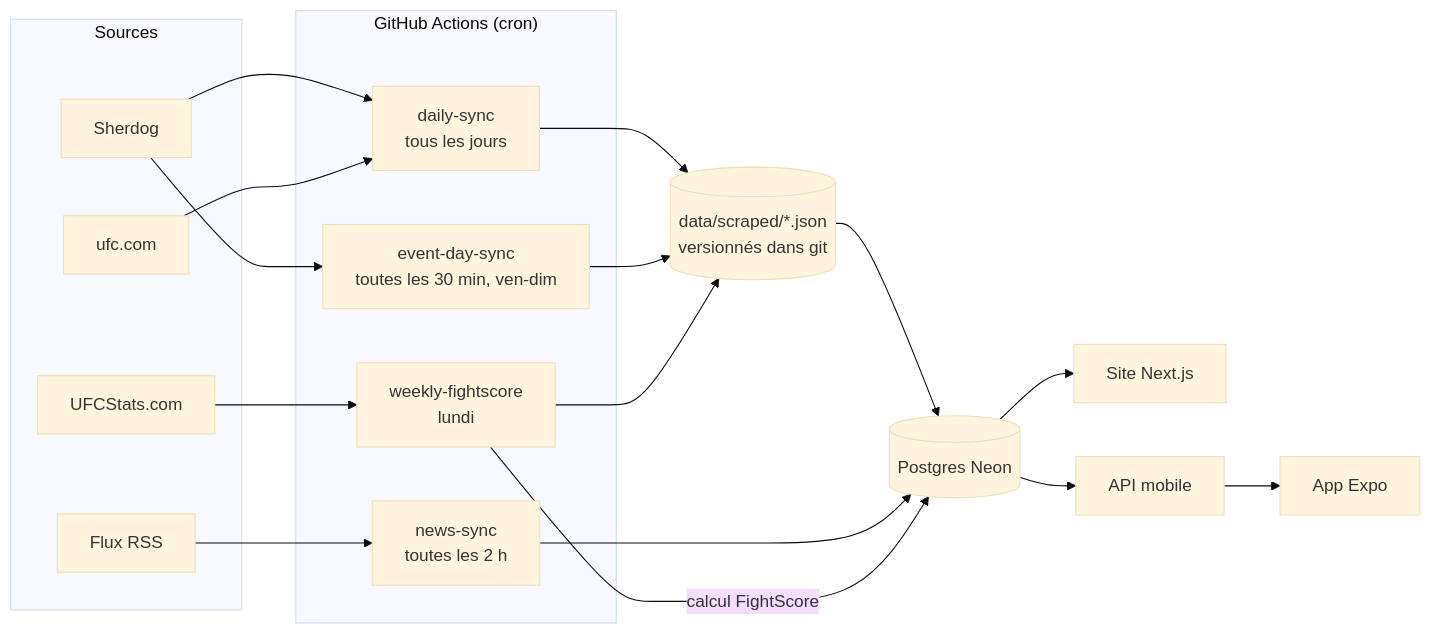
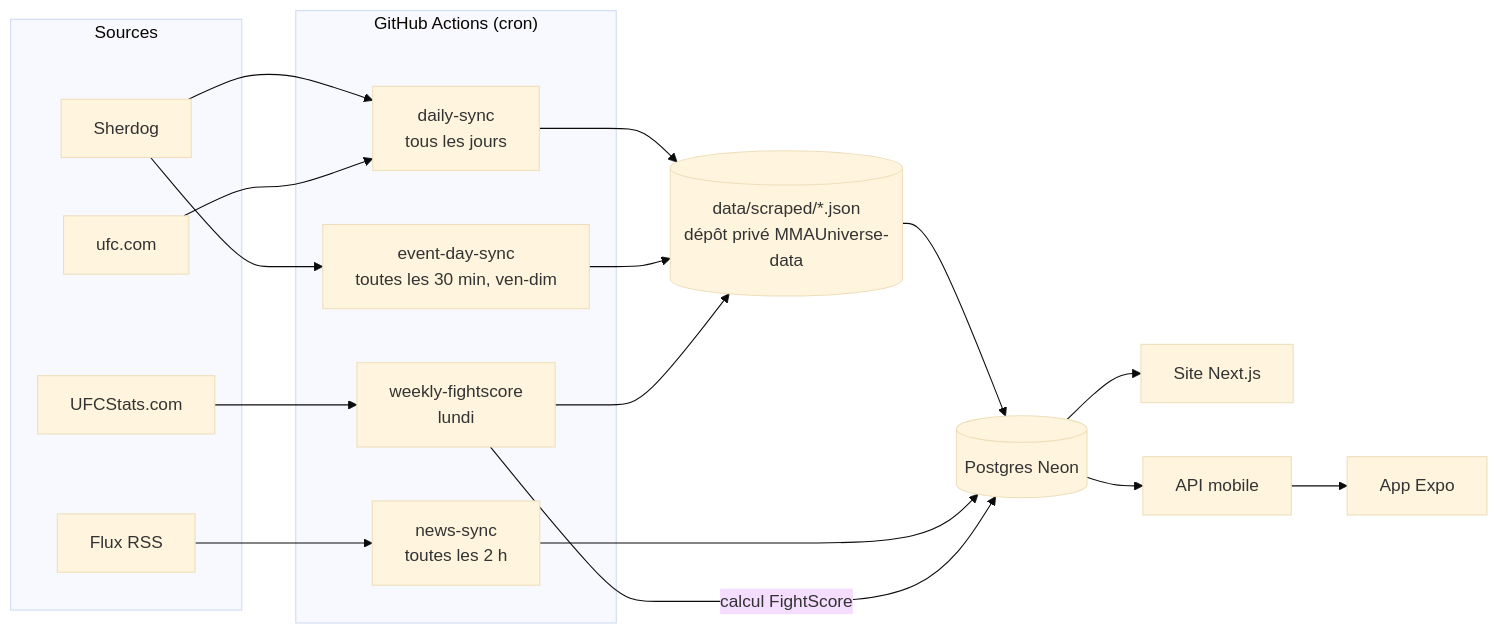
One commit to SDMM27/MMAUniverse changed the diagram in README.md. Above: the diagram before and after it, drawn with Mermaid (base theme). The commit also changed other lines of this file and 4 other files, not shown here.

First line of the commit message:
chore(data): sort les données scrapées du dépôt public

````diff
--- a/README.md
+++ b/README.md
@@ -38,30 +38,30 @@
 ```mermaid
 flowchart LR
     subgraph Sources
         S[Sherdog]
         U[UFCStats.com]
         W[ufc.com]
         R[Flux RSS]
     end
 
     subgraph GA["GitHub Actions (cron)"]
         D[daily-sync<br/>tous les jours]
         E[event-day-sync<br/>toutes les 30 min, ven-dim]
         F[weekly-fightscore<br/>lundi]
         N[news-sync<br/>toutes les 2 h]
     end
 
-    J[(data/scraped/*.json<br/>versionnés dans git)]
+    J[(data/scraped/*.json<br/>dépôt privé MMAUniverse-data)]
     DB[(Postgres Neon)]
 
     S --> D & E
     W --> D
     U --> F
     R --> N
     D & E & F --> J
     J --> DB
     N --> DB
     F -->|calcul FightScore| DB
     DB --> WEB[Site Next.js]
     DB --> API[API mobile] --> MOB[App Expo]
 ```
````
